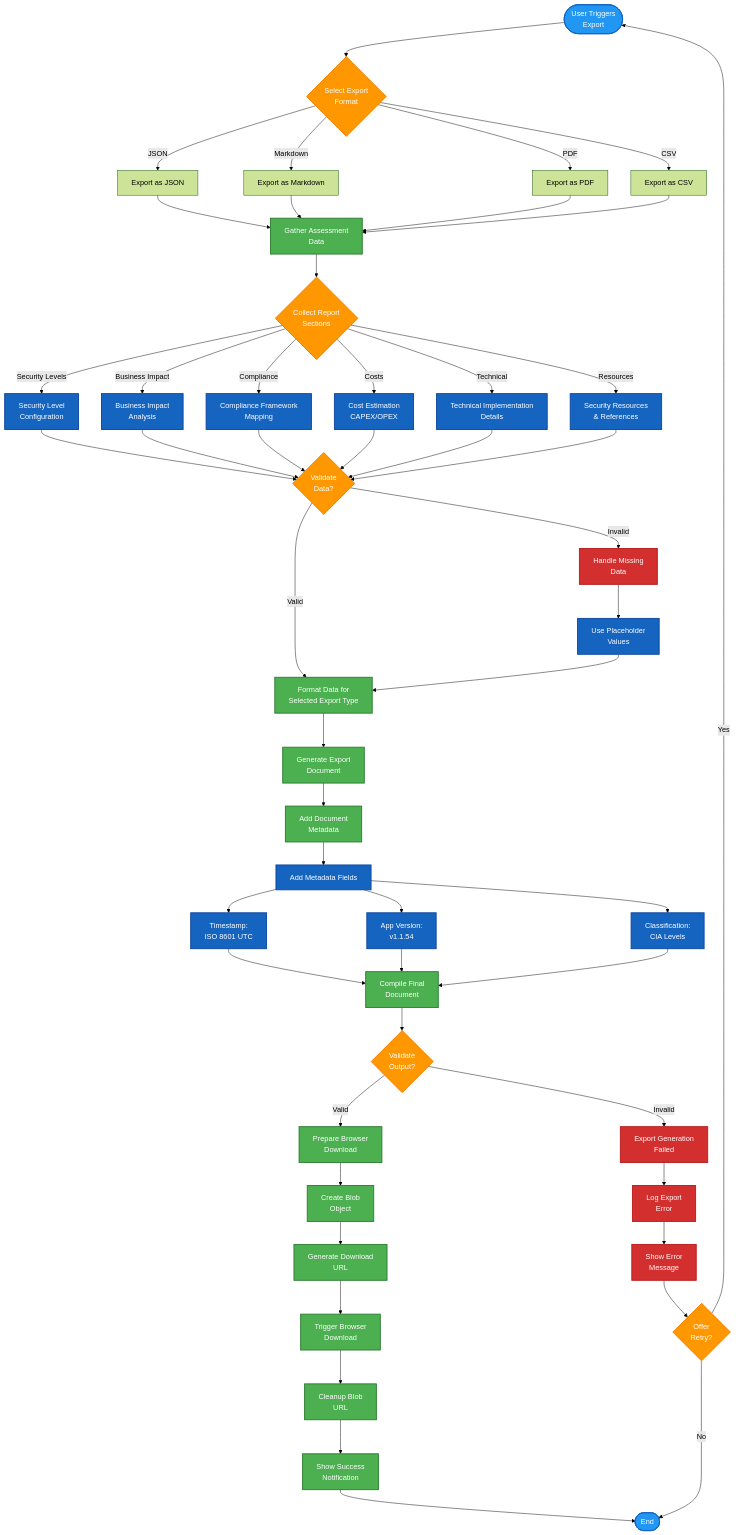
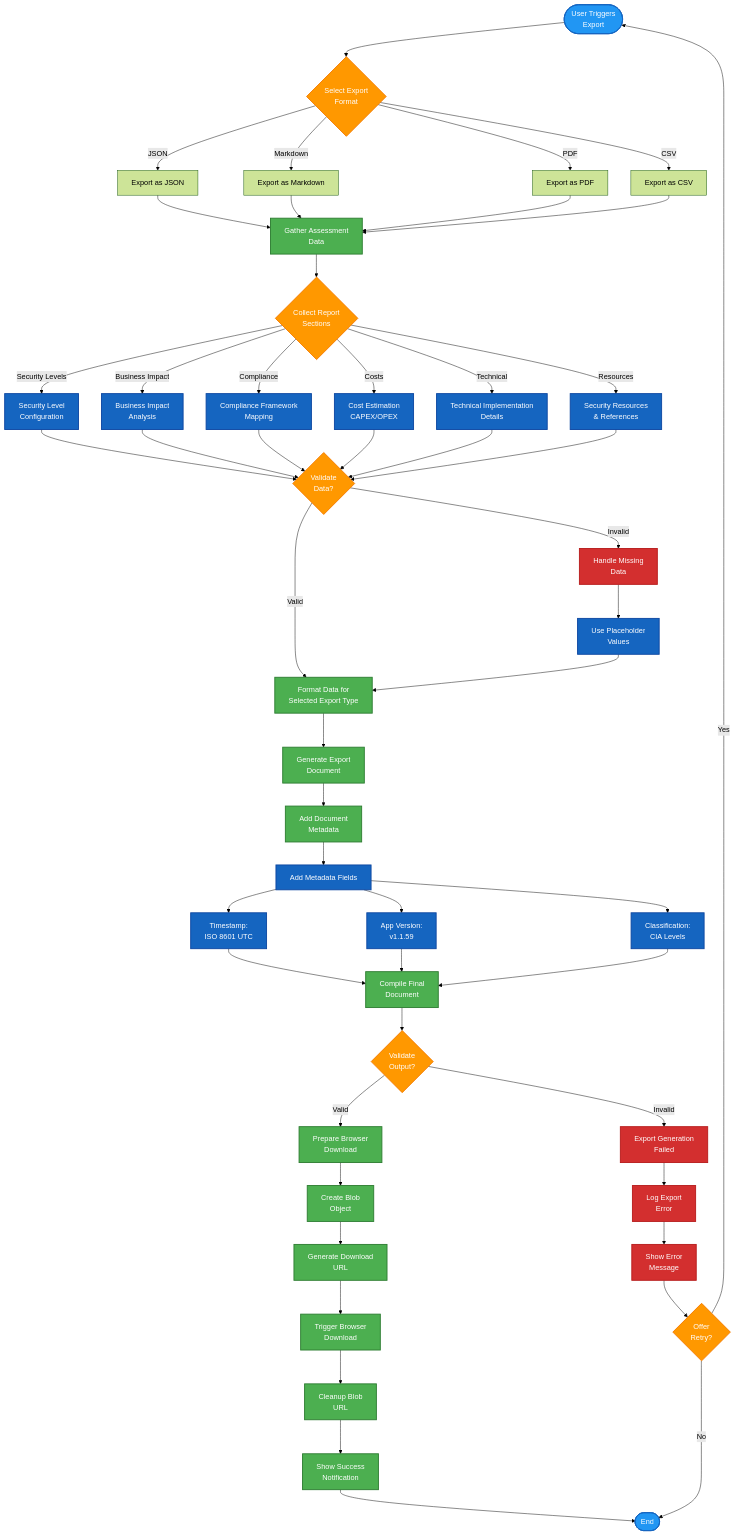
Before and after one commit to step-security-bot/cia-compliance-manager: the tenth of 13 diagrams in docs/architecture/FLOWCHART.md, drawn with Mermaid (forest theme). The commit also changed other lines of this file and 25 other files, not shown here.

````diff
--- a/docs/architecture/FLOWCHART.md
+++ b/docs/architecture/FLOWCHART.md
@@ -863,82 +863,82 @@
 ```mermaid
 flowchart TD
     Start([User Triggers<br>Export]) --> SelectFormat{Select Export<br>Format}
     
     SelectFormat -->|JSON| ExportJSON[Export as JSON]
     SelectFormat -->|Markdown| ExportMarkdown[Export as Markdown]
     SelectFormat -->|PDF| ExportPDF[Export as PDF]
     SelectFormat -->|CSV| ExportCSV[Export as CSV]
     
     ExportJSON --> GatherData[Gather Assessment<br>Data]
     ExportMarkdown --> GatherData
     ExportPDF --> GatherData
     ExportCSV --> GatherData
     
     GatherData --> CollectSections{Collect Report<br>Sections}
     
     CollectSections -->|Security Levels| SecurityLevelData[Security Level<br>Configuration]
     CollectSections -->|Business Impact| BusinessImpactData[Business Impact<br>Analysis]
     CollectSections -->|Compliance| ComplianceData[Compliance Framework<br>Mapping]
     CollectSections -->|Costs| CostData[Cost Estimation<br>CAPEX/OPEX]
     CollectSections -->|Technical| TechnicalData[Technical Implementation<br>Details]
     CollectSections -->|Resources| ResourceData[Security Resources<br>& References]
     
     SecurityLevelData --> ValidateData{Validate<br>Data?}
     BusinessImpactData --> ValidateData
     ComplianceData --> ValidateData
     CostData --> ValidateData
     TechnicalData --> ValidateData
     ResourceData --> ValidateData
     
     ValidateData -->|Valid| FormatData[Format Data for<br>Selected Export Type]
     ValidateData -->|Invalid| HandleMissing[Handle Missing<br>Data]
     
     HandleMissing --> UsePlaceholders[Use Placeholder<br>Values]
     UsePlaceholders --> FormatData
     
     FormatData --> GenerateDocument[Generate Export<br>Document]
     GenerateDocument --> AddMetadata[Add Document<br>Metadata]
     
     AddMetadata --> MetadataFields[Add Metadata Fields]
     MetadataFields --> Timestamp[Timestamp:<br>ISO 8601 UTC]
-    MetadataFields --> Version[App Version:<br>v1.1.54]
+    MetadataFields --> Version[App Version:<br>v1.1.59]
     MetadataFields --> Classification[Classification:<br>CIA Levels]
     
     Timestamp --> CompileDocument[Compile Final<br>Document]
     Version --> CompileDocument
     Classification --> CompileDocument
     
     CompileDocument --> ValidateOutput{Validate<br>Output?}
     ValidateOutput -->|Valid| PrepareDownload[Prepare Browser<br>Download]
     ValidateOutput -->|Invalid| ExportError[Export Generation<br>Failed]
     
     PrepareDownload --> CreateBlob[Create Blob<br>Object]
     CreateBlob --> GenerateURL[Generate Download<br>URL]
     GenerateURL --> TriggerDownload[Trigger Browser<br>Download]
     TriggerDownload --> CleanupURL[Cleanup Blob<br>URL]
     CleanupURL --> ShowSuccess[Show Success<br>Notification]
     ShowSuccess --> End([End])
     
     ExportError --> LogExportError[Log Export<br>Error]
     LogExportError --> ShowErrorMessage[Show Error<br>Message]
     ShowErrorMessage --> OfferRetry{Offer<br>Retry?}
     OfferRetry -->|Yes| Start
     OfferRetry -->|No| End
     
     %% Apply styles
     classDef startend fill:#2196F3,stroke:#1565C0,stroke-width:2px,color:#ffffff
     classDef process fill:#4CAF50,stroke:#2E7D32,stroke-width:2px,color:#ffffff
     classDef data fill:#1565C0,stroke:#0D47A1,stroke-width:2px,color:#ffffff
     classDef decision fill:#FF9800,stroke:#F57C00,stroke-width:2px,color:#ffffff
     classDef error fill:#D32F2F,stroke:#B71C1C,stroke-width:2px,color:#ffffff
     classDef success fill:#4CAF50,stroke:#2E7D32,stroke-width:2px,color:#ffffff
     classDef metadata fill:#1565C0,stroke:#0D47A1,stroke-width:2px,color:#ffffff
     
     class Start,End startend
     class GatherData,FormatData,GenerateDocument,AddMetadata,CompileDocument,PrepareDownload,CreateBlob,GenerateURL,TriggerDownload,CleanupURL process
     class SecurityLevelData,BusinessImpactData,ComplianceData,CostData,TechnicalData,ResourceData,UsePlaceholders data
     class SelectFormat,CollectSections,ValidateData,ValidateOutput,OfferRetry decision
     class HandleMissing,ExportError,LogExportError,ShowErrorMessage error
     class ShowSuccess success
     class MetadataFields,Timestamp,Version,Classification metadata
 ```
````
